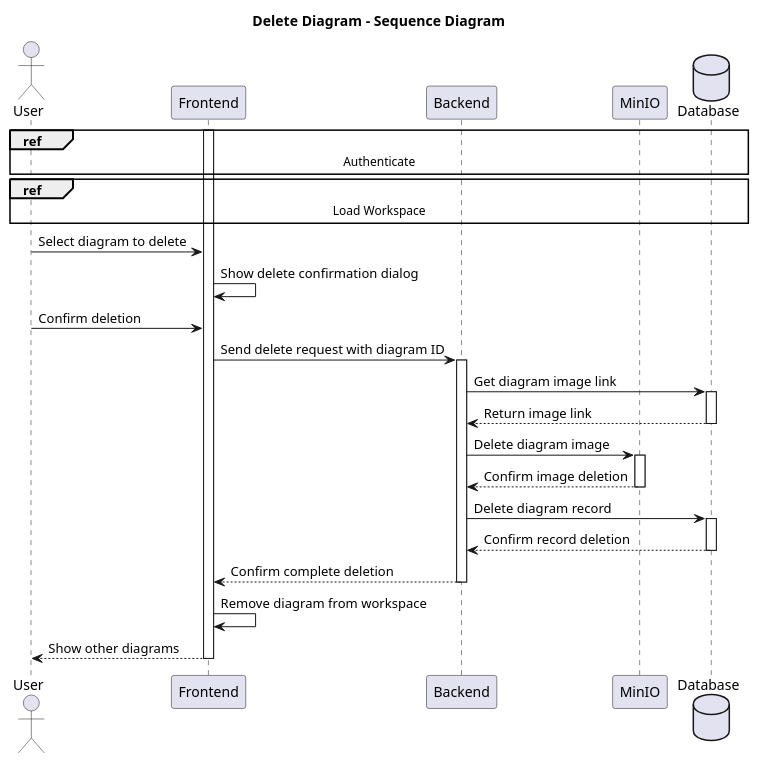
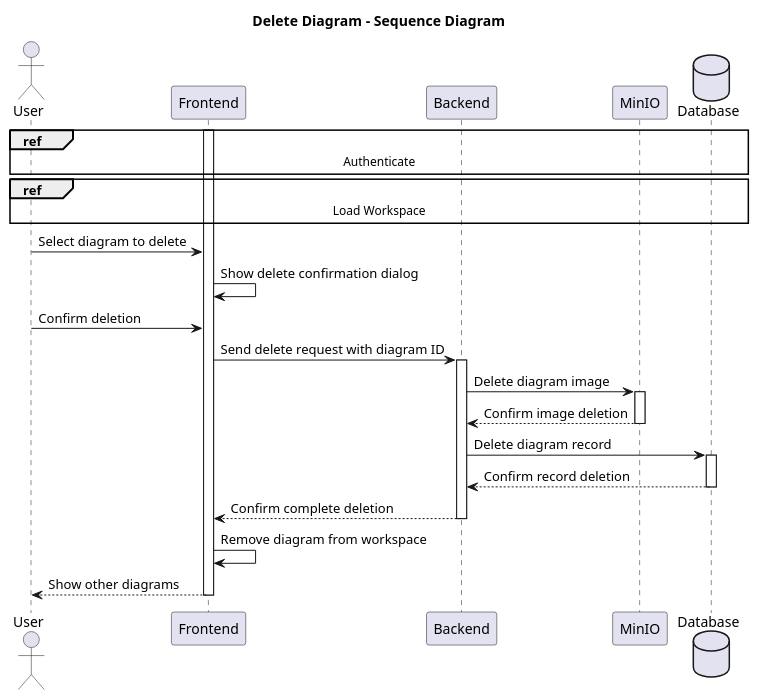
One commit to souhaib-askri/report_pfe changed the diagram in conception/SprintIV/sequence_diagrams/sequence_diagramManagement_4_4_DeleteDiagram.puml. Above: the diagram before and after it, drawn with PlantUML. The commit also changed 13 other files, not shown here.

```diff
--- a/conception/SprintIV/sequence_diagrams/sequence_diagramManagement_4_4_DeleteDiagram.puml
+++ b/conception/SprintIV/sequence_diagrams/sequence_diagramManagement_4_4_DeleteDiagram.puml
@@ -1,45 +1,45 @@
 @startuml
 title Delete Diagram - Sequence Diagram
 
 actor User
 participant Frontend
 participant Backend
 participant MinIO
 database Database
 
 ref over User, Database: Authenticate
 
 ref over User, Database: Load Workspace
 
 activate Frontend
 
 User -> Frontend: Select diagram to delete
 Frontend -> Frontend: Show delete confirmation dialog
 
 User -> Frontend: Confirm deletion
 Frontend -> Backend: Send delete request with diagram ID
 activate Backend
 
-Backend -> Database: Get diagram image link
-activate Database
-Database --> Backend: Return image link
-deactivate Database
+' Backend -> Database: Get diagram image link
+' activate Database
+' Database --> Backend: Return image link
+' deactivate Database
 
 Backend -> MinIO: Delete diagram image
 activate MinIO
 MinIO --> Backend: Confirm image deletion
 deactivate MinIO
 
 Backend -> Database: Delete diagram record
 activate Database
 Database --> Backend: Confirm record deletion
 deactivate Database
 
 Backend --> Frontend: Confirm complete deletion
 deactivate Backend
 
 Frontend -> Frontend: Remove diagram from workspace
 Frontend --> User: Show other diagrams
 deactivate Frontend
 
 @enduml
```
